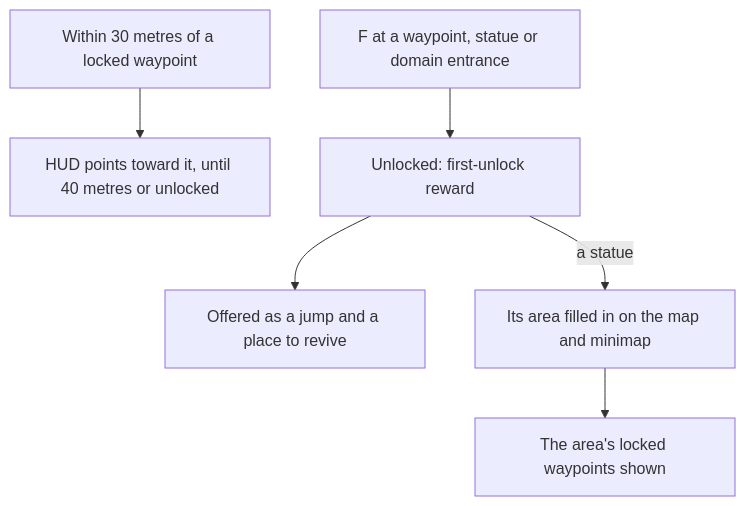
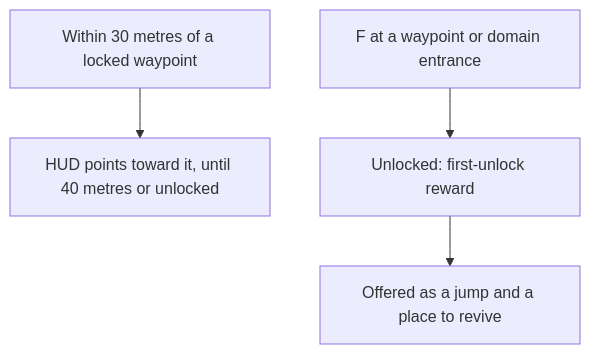
Before and after one commit to Esposter/Esposter: the diagram in apps/web/content/docs/proposals/genshin/map-unlocking.md, drawn with Mermaid. The commit also changed other lines of this file and 7 other files, not shown here.

First line of the commit message:
docs(genshin): map unlocking's statues are an as-built page, the proposal keeps the waypoints, their rewards and the pointer, and the map, minimap and interaction pages say a locked statue is unlocked on F

````diff
--- a/apps/web/content/docs/proposals/genshin/map-unlocking.md
+++ b/apps/web/content/docs/proposals/genshin/map-unlocking.md
@@ -22,8 +20,6 @@
 ```mermaid
 flowchart TD
   NEAR["Within 30 metres of a locked waypoint"] --> POINT["HUD points toward it, until 40 metres or unlocked"]
-  REACH["F at a waypoint, statue or domain entrance"] --> UNLOCK["Unlocked: first-unlock reward"]
+  REACH["F at a waypoint or domain entrance"] --> UNLOCK["Unlocked: first-unlock reward"]
   UNLOCK --> JUMP["Offered as a jump and a place to revive"]
-  UNLOCK -->|"a statue"| FILL["Its area filled in on the map and minimap"]
-  FILL --> SHOW["The area's locked waypoints shown"]
 ```
````
